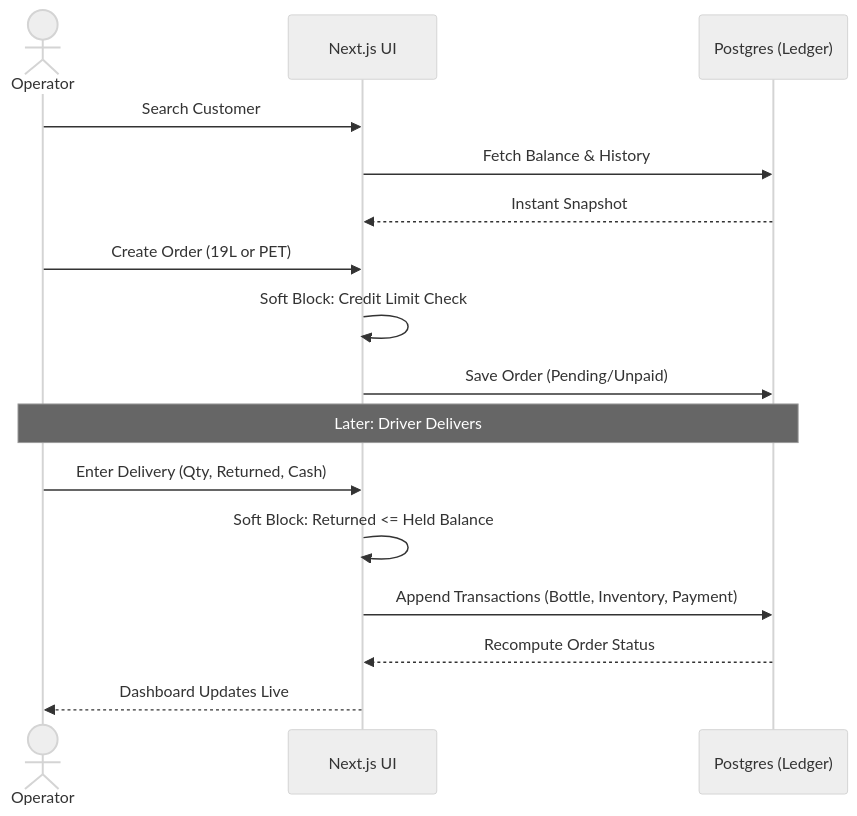
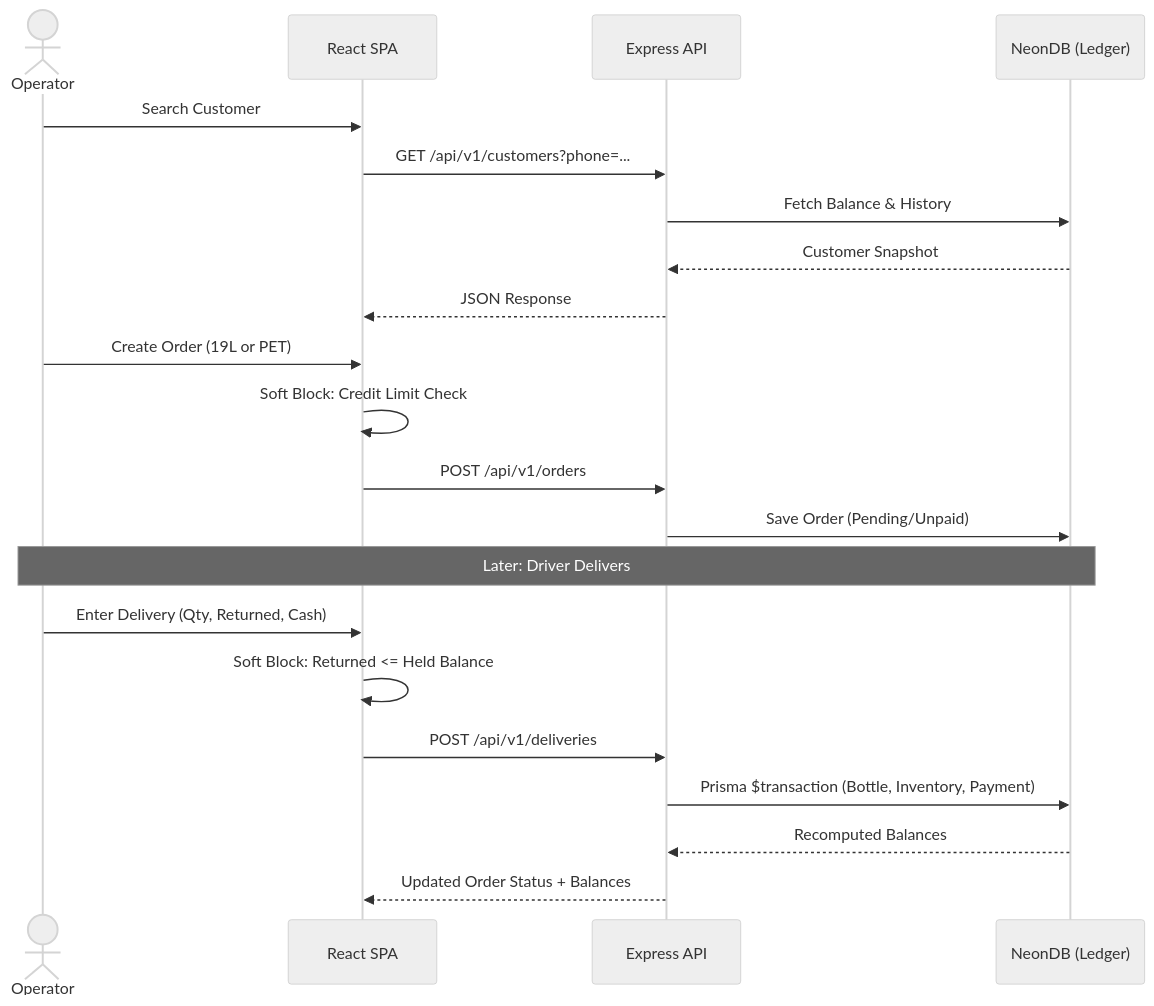
One commit to ehtisham-hashim/AquaSphere changed the second of 5 diagrams in context/architecture.md. Above: the diagram before and after it, drawn with Mermaid (neutral theme). The commit also changed other lines of this file and 4 other files, not shown here.

Commit message:
update the tech stack and architecture

````diff
--- a/context/architecture.md
+++ b/context/architecture.md
@@ -31,21 +32,26 @@
 ```mermaid
 sequenceDiagram
     actor Operator
-    participant UI as Next.js UI
-    participant DB as Postgres (Ledger)
+    participant UI as React SPA
+    participant API as Express API
+    participant DB as NeonDB (Ledger)
     
     Operator->>UI: Search Customer
-    UI->>DB: Fetch Balance & History
-    DB-->>UI: Instant Snapshot
+    UI->>API: GET /api/v1/customers?phone=...
+    API->>DB: Fetch Balance & History
+    DB-->>API: Customer Snapshot
+    API-->>UI: JSON Response
     Operator->>UI: Create Order (19L or PET)
     UI->>UI: Soft Block: Credit Limit Check
-    UI->>DB: Save Order (Pending/Unpaid)
+    UI->>API: POST /api/v1/orders
+    API->>DB: Save Order (Pending/Unpaid)
     
     Note over Operator,DB: Later: Driver Delivers
     
     Operator->>UI: Enter Delivery (Qty, Returned, Cash)
     UI->>UI: Soft Block: Returned <= Held Balance
-    UI->>DB: Append Transactions (Bottle, Inventory, Payment)
-    DB-->>UI: Recompute Order Status
-    UI-->>Operator: Dashboard Updates Live
+    UI->>API: POST /api/v1/deliveries
+    API->>DB: Prisma $transaction (Bottle, Inventory, Payment)
+    DB-->>API: Recomputed Balances
+    API-->>UI: Updated Order Status + Balances
 ```
````
